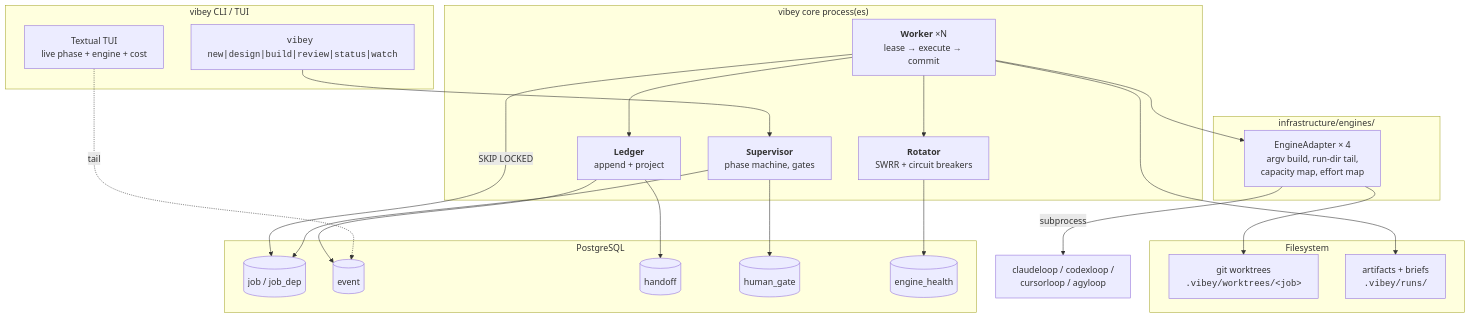
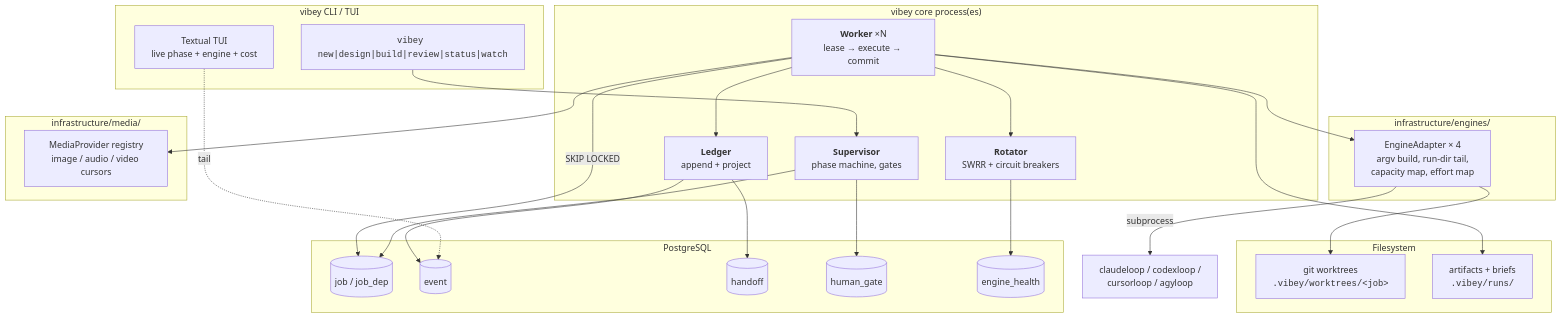
One commit to adammatthewsteinberger/vibey changed the second of 6 diagrams in docs/plans/architecture-and-roadmap.md. Above: the diagram before and after it, drawn with Mermaid. The commit also changed other lines of this file and 9 other files, not shown here.

````diff
--- a/docs/plans/architecture-and-roadmap.md
+++ b/docs/plans/architecture-and-roadmap.md
@@ -126,46 +129,51 @@
 ```mermaid
 graph TB
     subgraph CLI["vibey CLI / TUI"]
         Cmd["<code>vibey new|design|build|review|status|watch</code>"]
         Tui["Textual TUI<br/>live phase + engine + cost"]
     end
 
     subgraph Core["vibey core process(es)"]
         Sup["<b>Supervisor</b><br/>phase machine, gates"]
         W1["<b>Worker</b> ×N<br/>lease → execute → commit"]
         Rot["<b>Rotator</b><br/>SWRR + circuit breakers"]
         Led["<b>Ledger</b><br/>append + project"]
     end
 
     subgraph Adapters["infrastructure/engines/"]
         Ad["EngineAdapter × 4<br/>argv build, run-dir tail,<br/>capacity map, effort map"]
+    end
+
+    subgraph MediaAdapters["infrastructure/media/"]
+        Md["MediaProvider registry<br/>image / audio / video cursors"]
     end
 
     subgraph Store["PostgreSQL"]
         Q[("job / job_dep")]
         E[("event")]
         H[("handoff")]
         G[("human_gate")]
         HE[("engine_health")]
     end
 
     subgraph Work["Filesystem"]
         WT["git worktrees<br/><code>.vibey/worktrees/&lt;job&gt;</code>"]
         Art["artifacts + briefs<br/><code>.vibey/runs/</code>"]
     end
 
     Cmd --> Sup
     Tui -.->|"tail"| E
     Sup --> Q
     W1 -->|"SKIP LOCKED"| Q
     W1 --> Rot
     Rot --> HE
     W1 --> Ad
+    W1 --> Md
     Ad -->|"subprocess"| Ext["claudeloop / codexloop /<br/>cursorloop / agyloop"]
     Ad --> WT
     W1 --> Led
     Led --> E
     Led --> H
     Sup --> G
     W1 --> Art
 ```
````
